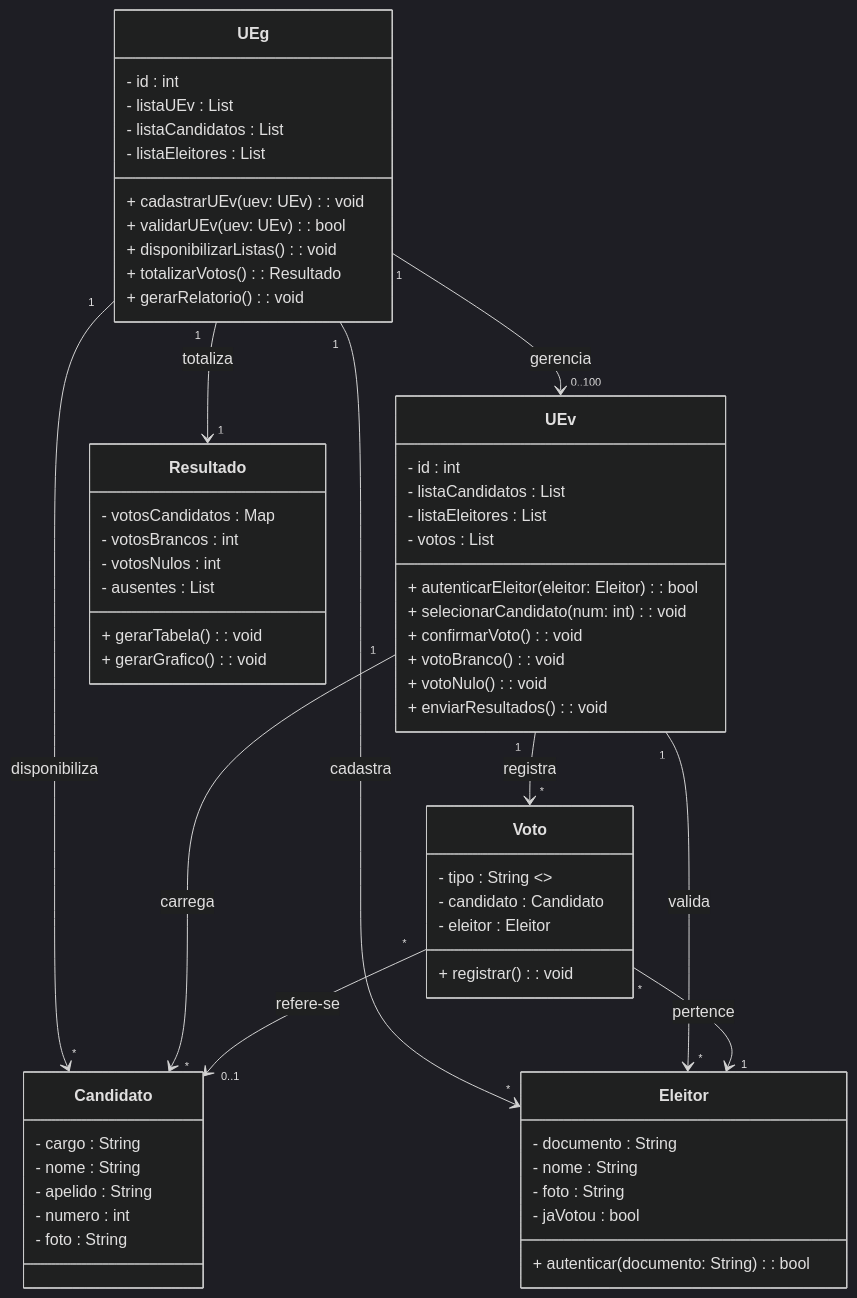
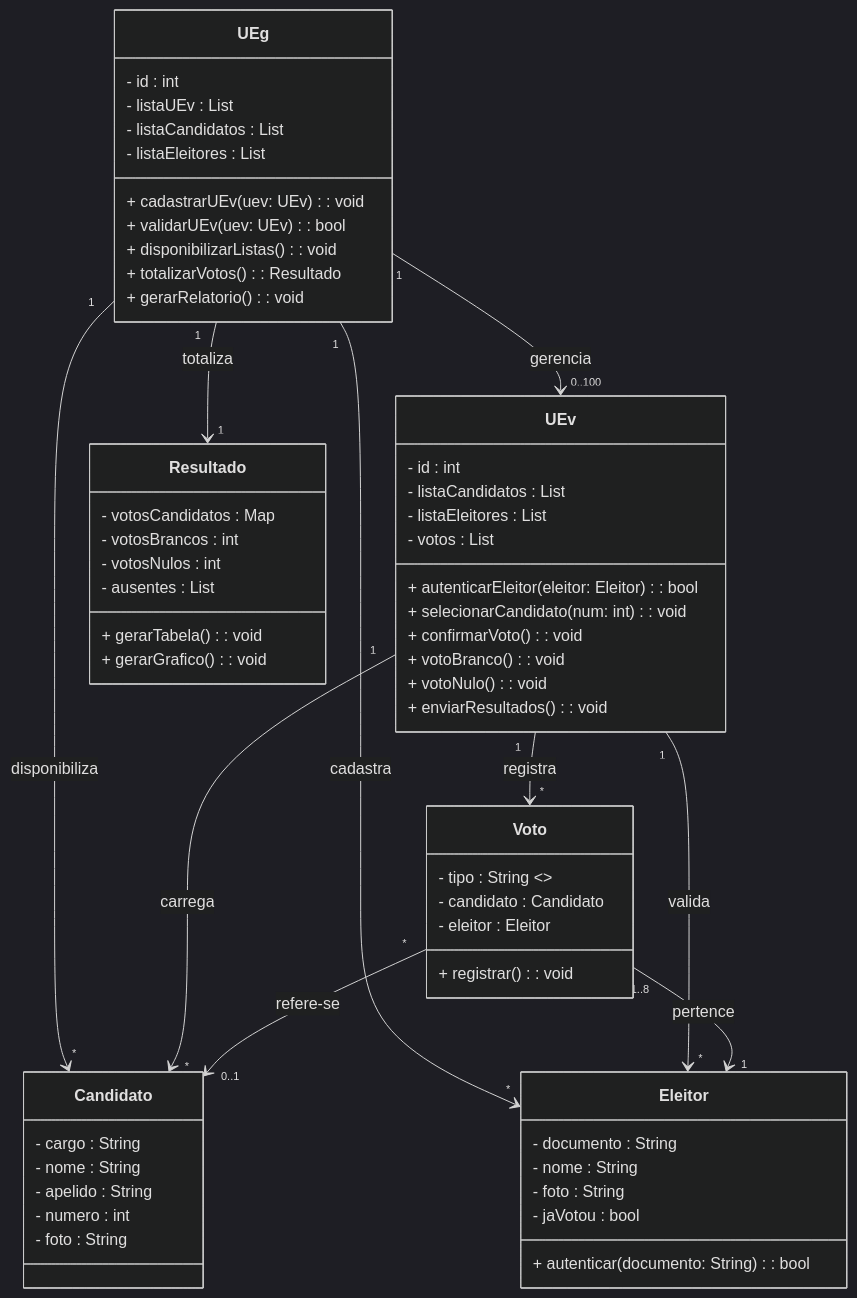
The diagram in diagrama_classes_urna_eletronica.md (HG0304/CC6522-MODELAGEM-DE-SOFTWARE-ORIENTADO-A-OBJETOS), drawn with Mermaid (dark theme) before and after one commit.

````diff
--- a/diagrama_classes_urna_eletronica.md
+++ b/diagrama_classes_urna_eletronica.md
@@ -7,70 +7,70 @@
 ```mermaid
 classDiagram
     class UEg {
         - id : int
         - listaUEv : List<UEv>
         - listaCandidatos : List<Candidato>
         - listaEleitores : List<Eleitor>
         + cadastrarUEv(uev: UEv) : void
         + validarUEv(uev: UEv) : bool
         + disponibilizarListas() : void
         + totalizarVotos() : Resultado
         + gerarRelatorio() : void
     }
 
     class UEv {
         - id : int
         - listaCandidatos : List<Candidato>
         - listaEleitores : List<Eleitor>
         - votos : List<Voto>
         + autenticarEleitor(eleitor: Eleitor) : bool
         + selecionarCandidato(num: int) : void
         + confirmarVoto() : void
         + votoBranco() : void
         + votoNulo() : void
         + enviarResultados() : void
     }
 
     class Eleitor {
         - documento : String
         - nome : String
         - foto : String
         - jaVotou : bool
         + autenticar(documento: String) : bool
     }
 
     class Candidato {
         - cargo : String
         - nome : String
         - apelido : String
         - numero : int
         - foto : String
     }
 
     class Voto {
         - tipo : String  <<confirmado, branco, nulo>>
         - candidato : Candidato
         - eleitor : Eleitor
         + registrar() : void
     }
 
     class Resultado {
         - votosCandidatos : Map<Candidato, int>
         - votosBrancos : int
         - votosNulos : int
         - ausentes : List<Eleitor>
         + gerarTabela() : void
         + gerarGrafico() : void
     }
 
     %% Relações
     UEg "1" --> "0..100" UEv : gerencia
     UEg "1" --> "*" Candidato : disponibiliza
     UEg "1" --> "*" Eleitor : cadastra
     UEv "1" --> "*" Candidato : carrega
     UEv "1" --> "*" Eleitor : valida
     UEv "1" --> "*" Voto : registra
-    Voto "*" --> "1" Eleitor : pertence
+    Voto "1..8" --> "1" Eleitor : pertence
     Voto "*" --> "0..1" Candidato : refere-se
     UEg "1" --> "1" Resultado : totaliza
 ```
````
